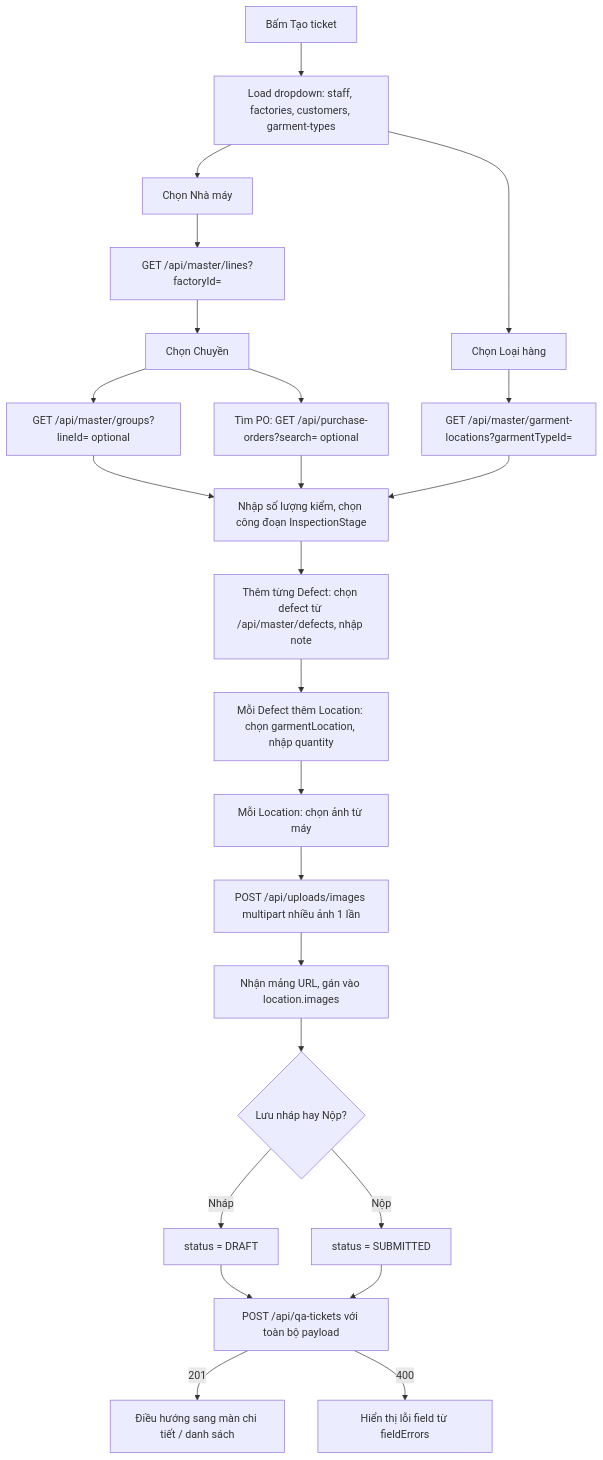
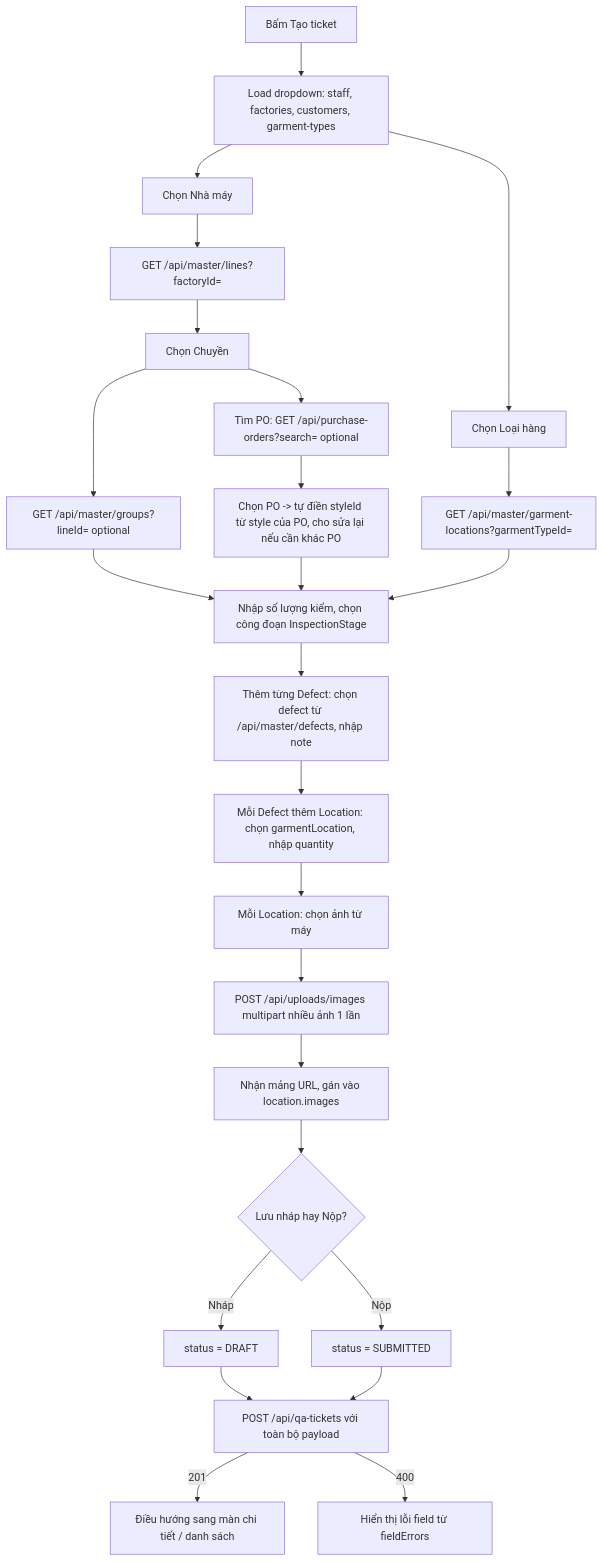
One commit to phatbt237/qaticket_be changed the second of 4 diagrams in frontend.md. Above: the diagram before and after it, drawn with Mermaid. The commit also changed other lines of this file and 9 other files, not shown here.

````diff
--- a/frontend.md
+++ b/frontend.md
@@ -327,23 +336,24 @@
 ```mermaid
 flowchart TD
     A[Bấm Tạo ticket] --> B[Load dropdown: staff, factories, customers, garment-types]
     B --> C[Chọn Nhà máy] --> D[GET /api/master/lines?factoryId= ]
     D --> E[Chọn Chuyền] --> F[GET /api/master/groups?lineId= optional]
     E --> G[Tìm PO: GET /api/purchase-orders?search= optional]
+    G --> G2[Chọn PO -> tự điền styleId từ style của PO, cho sửa lại nếu cần khác PO]
     B --> H[Chọn Loại hàng] --> I[GET /api/master/garment-locations?garmentTypeId= ]
     F --> J[Nhập số lượng kiểm, chọn công đoạn InspectionStage]
     I --> J
-    G --> J
+    G2 --> J
     J --> K[Thêm từng Defect: chọn defect từ /api/master/defects, nhập note]
     K --> L[Mỗi Defect thêm Location: chọn garmentLocation, nhập quantity]
     L --> M[Mỗi Location: chọn ảnh từ máy]
     M --> N[POST /api/uploads/images multipart nhiều ảnh 1 lần]
     N --> O[Nhận mảng URL, gán vào location.images]
     O --> P{Lưu nháp hay Nộp?}
     P -- Nháp --> Q[status = DRAFT]
     P -- Nộp --> R[status = SUBMITTED]
     Q --> S[POST /api/qa-tickets với toàn bộ payload]
     R --> S
     S -- 201 --> T[Điều hướng sang màn chi tiết / danh sách]
     S -- 400 --> U[Hiển thị lỗi field từ fieldErrors]
 ```
````
